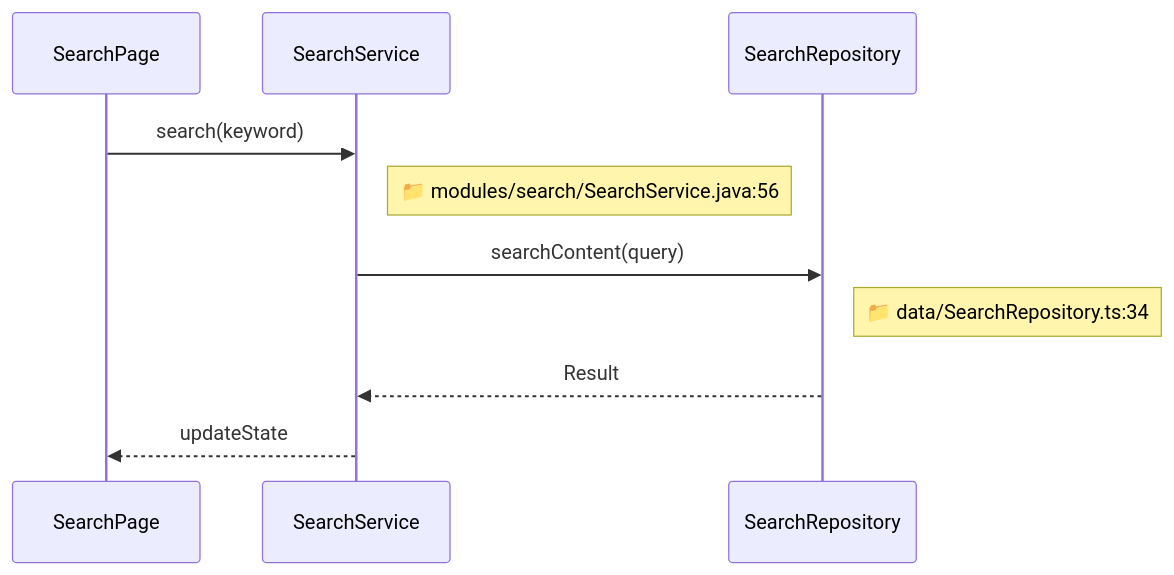
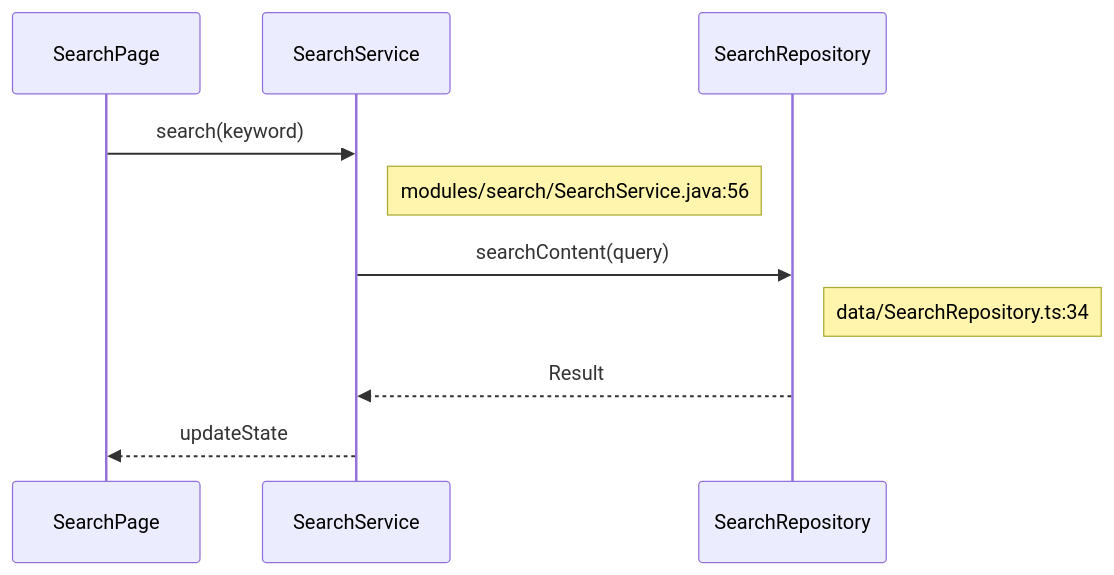
Before and after one commit to CaostGrace/project-arch-reverse: the fifth of 8 diagrams in references/mermaid-spec.md, drawn with Mermaid. The commit also changed other lines of this file and 10 other files, not shown here.

Commit message:
fix: 修复 12.1 流程图 Mermaid 渲染问题 - 结构重组+节点引号+形状修复

````diff
--- a/references/mermaid-spec.md
+++ b/references/mermaid-spec.md
@@ -189,13 +197,13 @@
 ```mermaid
 sequenceDiagram
     participant UI as SearchPage
     participant Logic as SearchService
     participant Repo as SearchRepository
 
     UI->>Logic: search(keyword)
-    Note right of Logic: 📁 modules/search/SearchService.java:56
+    Note right of Logic:  modules/search/SearchService.java:56
     Logic->>Repo: searchContent(query)
-    Note right of Repo: 📁 data/SearchRepository.ts:34
+    Note right of Repo:  data/SearchRepository.ts:34
     Repo-->>Logic: Result
     Logic-->>UI: updateState
 ```
````
